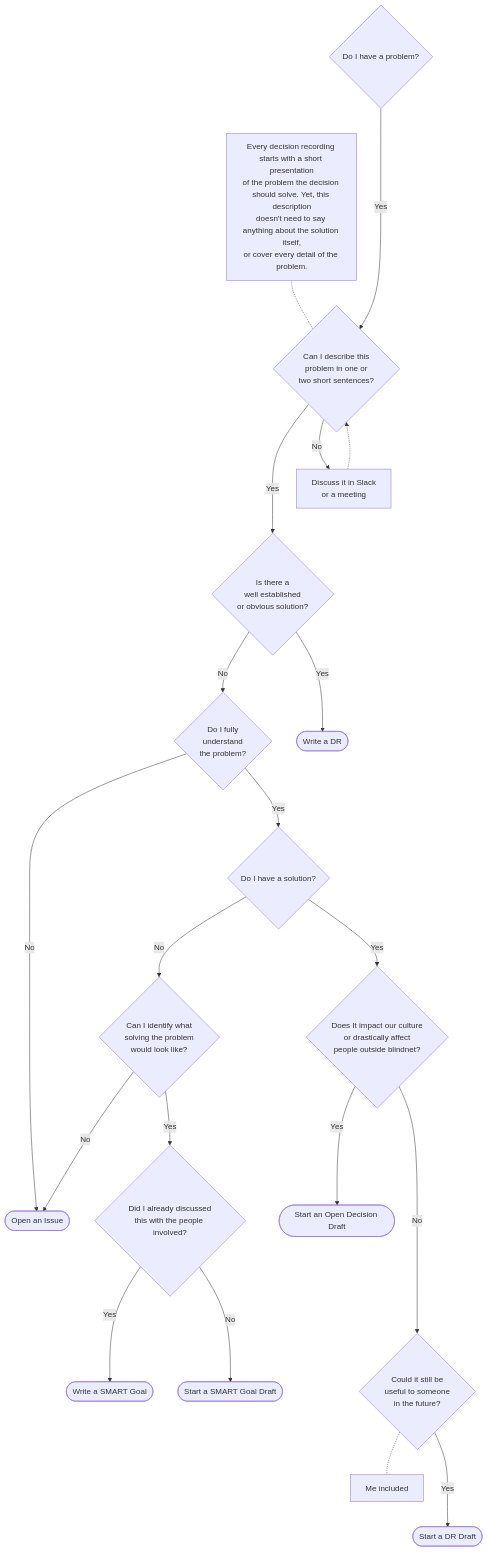
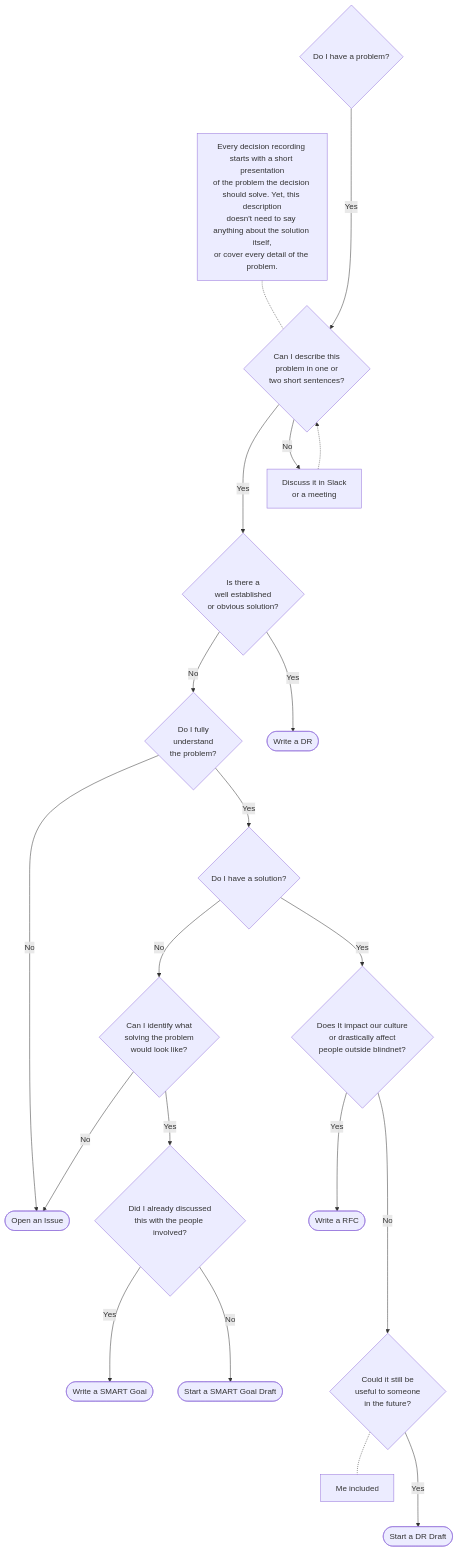
The diagram in DecisionFramework/README.md (blindnet-io/openness-framework), drawn with Mermaid before and after one commit. The commit also changed other lines of this file and 3 other files, not shown here.

````diff
--- a/DecisionFramework/README.md
+++ b/DecisionFramework/README.md
@@ -57,46 +112,46 @@
 ```mermaid
 flowchart
   Prblm{Do I have a problem?}
   Desc{Can I describe this<br>problem in one or<br>two short sentences?}
   Blessed{Is there a<br>well established<br>or obvious solution?}
   Prblm -- Yes ---> Desc -- Yes ---> Blessed
   Desc -- No --> IM -.-> Desc
 
   NoteDesc[Every decision recording starts with a short presentation<br>of the problem the decision should solve. Yet, this description<br>doesn't need to say anything about the solution itself,<br>or cover every detail of the problem.]
   NoteDesc -.- Desc
 
   Understand{Do I fully<br>understand<br>the problem?}
   Blessed -- No --> Understand
   Blessed -- Yes --> DR
   Understand -- No --> Issue
 
   Solution{Do I have a solution?}
   Understand -- Yes --> Solution
 
   GoalSet{Can I identify what<br>solving the problem<br>would look like?}
   Solution -- No --> GoalSet
   GoalSet -- No --> Issue
   GoalSet -- Yes --> Discuss
 
   Culture{Does It impact our culture<br>or drastically affect<br>people outside blindnet?}
   Solution -- Yes --> Culture
-  Culture -- Yes --> OD
+  Culture -- Yes --> RFC
 
   Impact{Could it still be<br>useful to someone<br>in the future?}
   NoteImpact[Me included]
   Impact -.- NoteImpact
   Culture -- No ---> Impact
   Impact -- Yes ---> DRDraft
 
   Discuss{Did I already discussed<br>this with the people involved?}
   Discuss -- Yes --> Goal
   Discuss -- No --> GoalDraft
 
   DR([Write a DR])
   DRDraft([Start a DR Draft])
-  OD([Start an Open Decision Draft])
+  RFC([Write a RFC])
   Goal([Write a SMART Goal])
   GoalDraft([Start a SMART Goal Draft])
   Issue([Open an Issue])
   IM[Discuss it in Slack <br>or a meeting]
 ```
````
